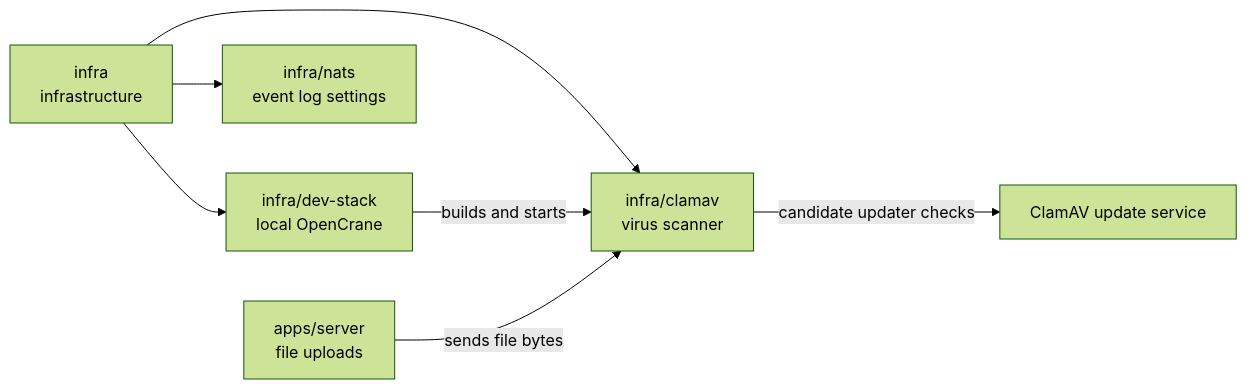
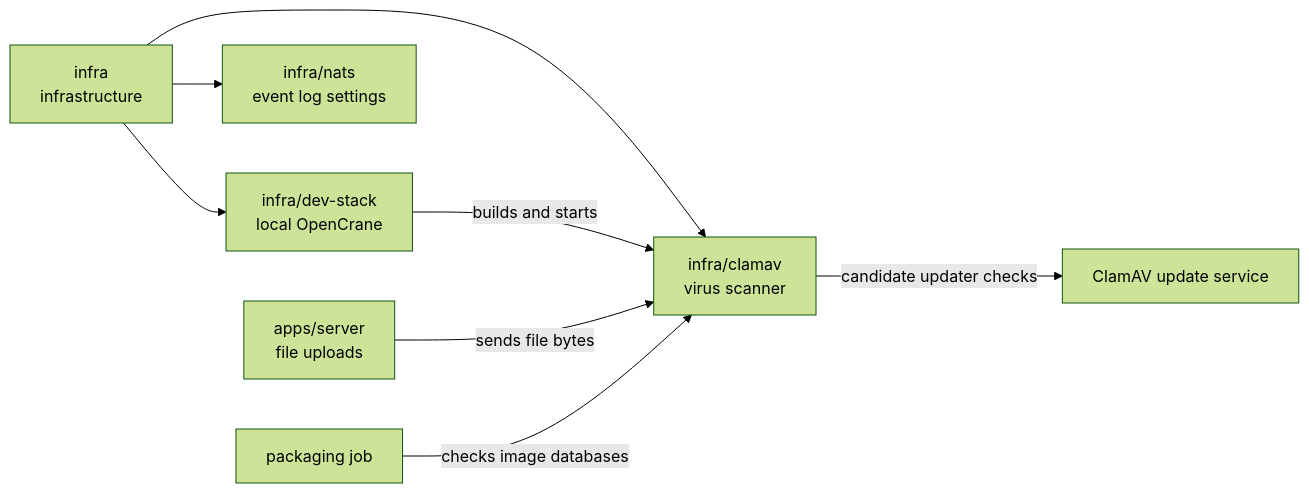
One commit to elewa-git/opencrane-new changed the diagram in infra/clamav/README.md. Above: the diagram before and after it, drawn with Mermaid (forest theme). The commit also changed other lines of this file and 5 other files, not shown here.

````diff
--- a/infra/clamav/README.md
+++ b/infra/clamav/README.md
@@ -15,9 +15,10 @@
 ```mermaid
 flowchart LR
   infra["infra<br/>infrastructure"] --> clamav["infra/clamav<br/>virus scanner"]
   infra --> stack["infra/dev-stack<br/>local OpenCrane"]
   infra --> nats["infra/nats<br/>event log settings"]
   stack -->|builds and starts| clamav
   server["apps/server<br/>file uploads"] -->|sends file bytes| clamav
   clamav -->|candidate updater checks| updates["ClamAV update service"]
+  packaging["packaging job"] -->|checks image databases| clamav
 ```
````
